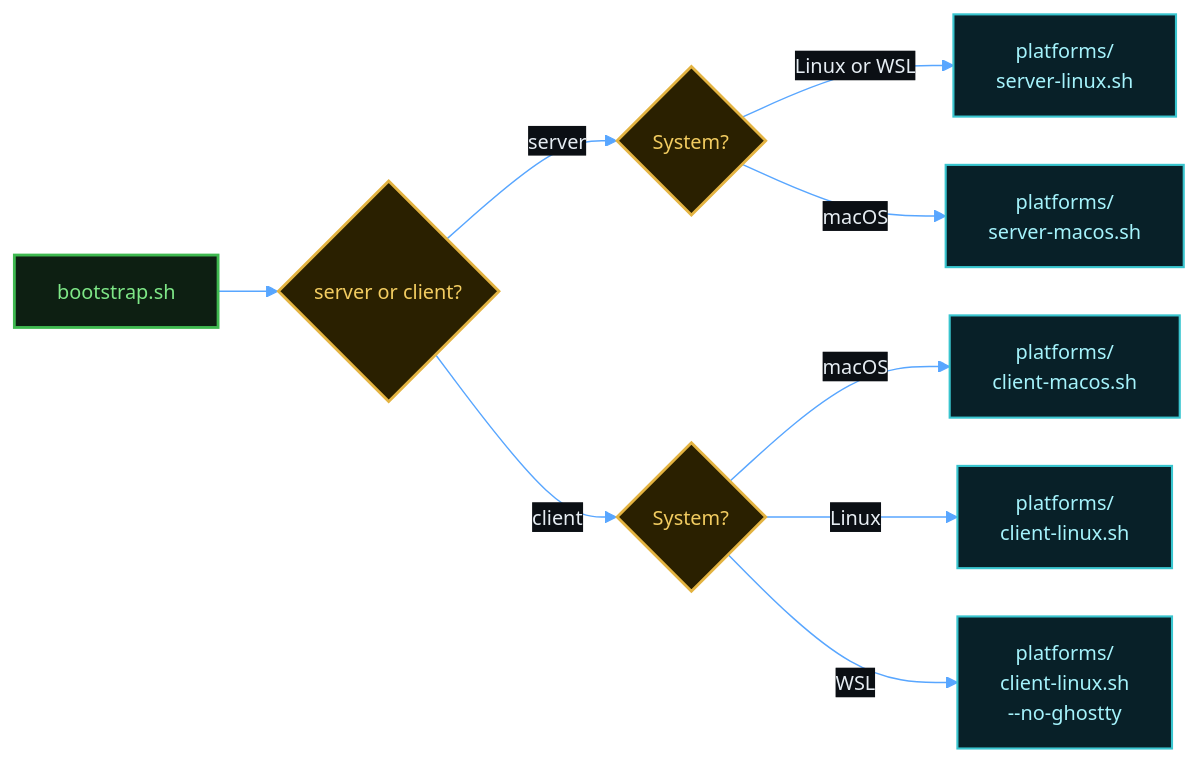
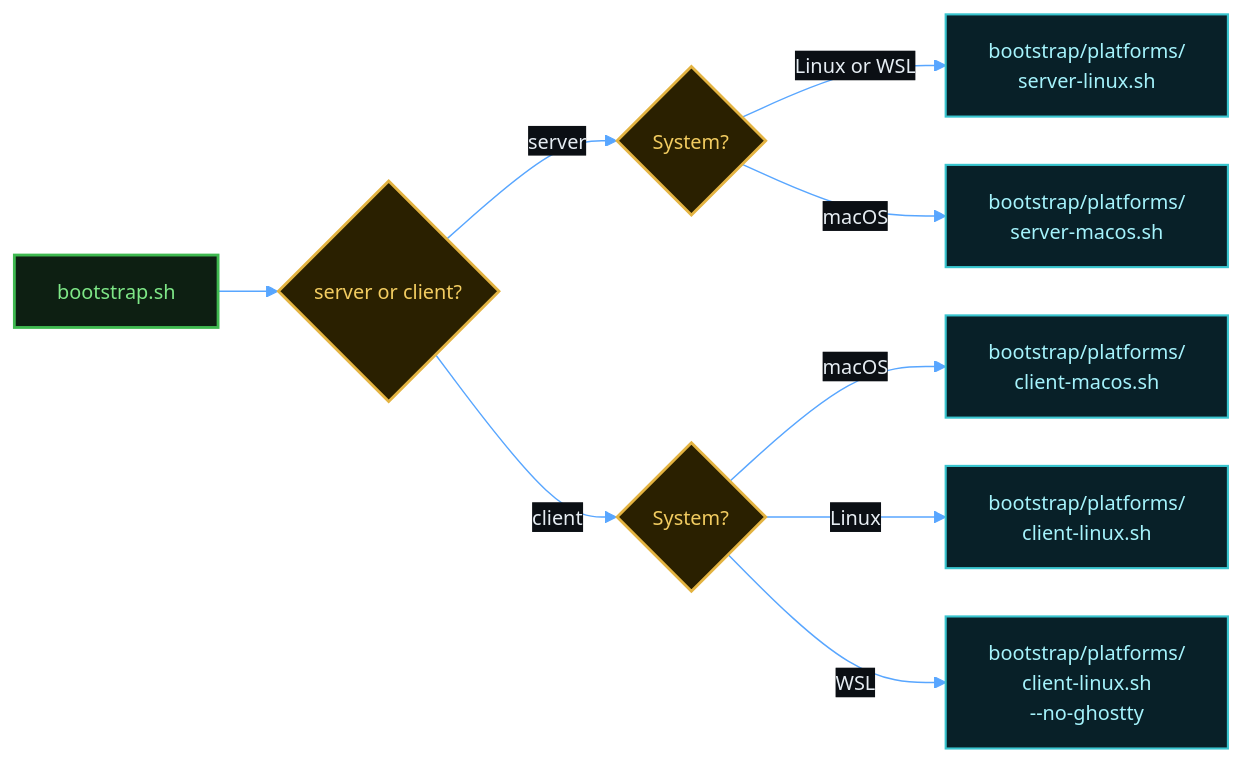
Before and after one commit to MussaCharles/herdspace: the second of 2 diagrams in README.md, drawn with Mermaid. The commit also changed other lines of this file and 33 other files, not shown here.

````diff
--- a/README.md
+++ b/README.md
@@ -74,25 +74,25 @@
 ```mermaid
 %%{init: {'theme': 'base', 'themeVariables': {
   'fontFamily': 'Menlo, Consolas, Courier New, monospace', 'fontSize': '14px',
   'primaryColor': '#0d1117', 'primaryTextColor': '#e6edf3', 'primaryBorderColor': '#3fb950',
   'textColor': '#e6edf3', 'lineColor': '#58a6ff', 'secondaryColor': '#161b22', 'tertiaryColor': '#0d1117',
   'edgeLabelBackground': '#0b0f14', 'clusterBkg': '#0b0f14', 'clusterBorder': '#30363d', 'titleColor': '#d2a8ff',
   'actorBkg': '#0d1f12', 'actorBorder': '#3fb950', 'actorTextColor': '#7ee787', 'actorLineColor': '#30363d',
   'signalColor': '#58a6ff', 'signalTextColor': '#e6edf3', 'sequenceNumberColor': '#0b0f14'
 }, 'flowchart': {'curve': 'basis', 'nodeSpacing': 34, 'rankSpacing': 42, 'wrappingWidth': 340}}}%%
 flowchart LR
   classDef cmd fill:#0d1f12,stroke:#3fb950,stroke-width:2px,color:#7ee787
   classDef step fill:#0d1117,stroke:#58a6ff,stroke-width:1.5px,color:#c9e1ff
   classDef ask fill:#2a2000,stroke:#e3b341,stroke-width:2px,color:#f2cc60
   classDef host fill:#1a0f24,stroke:#bc8cff,stroke-width:2px,color:#d2a8ff
   classDef data fill:#082028,stroke:#39c5cf,stroke-width:1.5px,color:#a5f3fc
   classDef stop fill:#2a0f12,stroke:#ff7b72,stroke-width:2px,color:#ffa198
   run["bootstrap.sh"]:::cmd --> role{"server or client?"}:::ask
   role -- " server " --> sos{"System?"}:::ask
   role -- " client " --> cos{"System?"}:::ask
-  sos -- " Linux or WSL " --> s1["platforms/<br/>server-linux.sh"]:::data
-  sos -- " macOS " --> s2["platforms/<br/>server-macos.sh"]:::data
-  cos -- " macOS " --> c1["platforms/<br/>client-macos.sh"]:::data
-  cos -- " Linux " --> c2["platforms/<br/>client-linux.sh"]:::data
-  cos -- " WSL " --> c3["platforms/<br/>client-linux.sh<br/>--no-ghostty"]:::data
+  sos -- " Linux or WSL " --> s1["bootstrap/platforms/<br/>server-linux.sh"]:::data
+  sos -- " macOS " --> s2["bootstrap/platforms/<br/>server-macos.sh"]:::data
+  cos -- " macOS " --> c1["bootstrap/platforms/<br/>client-macos.sh"]:::data
+  cos -- " Linux " --> c2["bootstrap/platforms/<br/>client-linux.sh"]:::data
+  cos -- " WSL " --> c3["bootstrap/platforms/<br/>client-linux.sh<br/>--no-ghostty"]:::data
 ```
````
